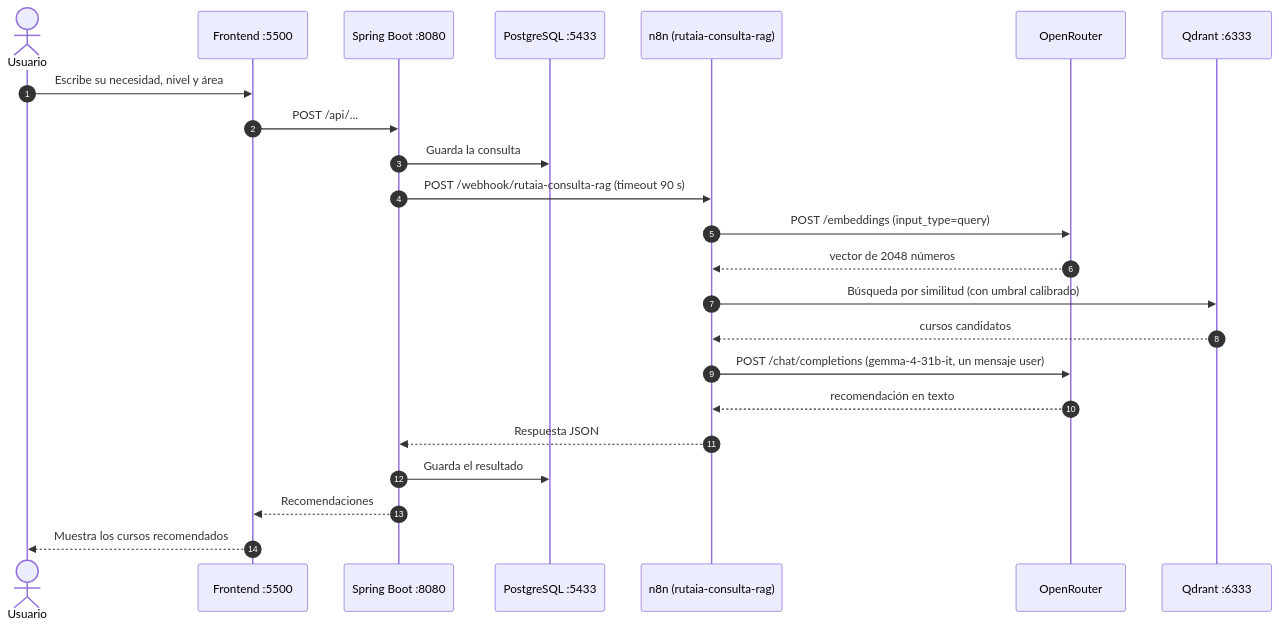
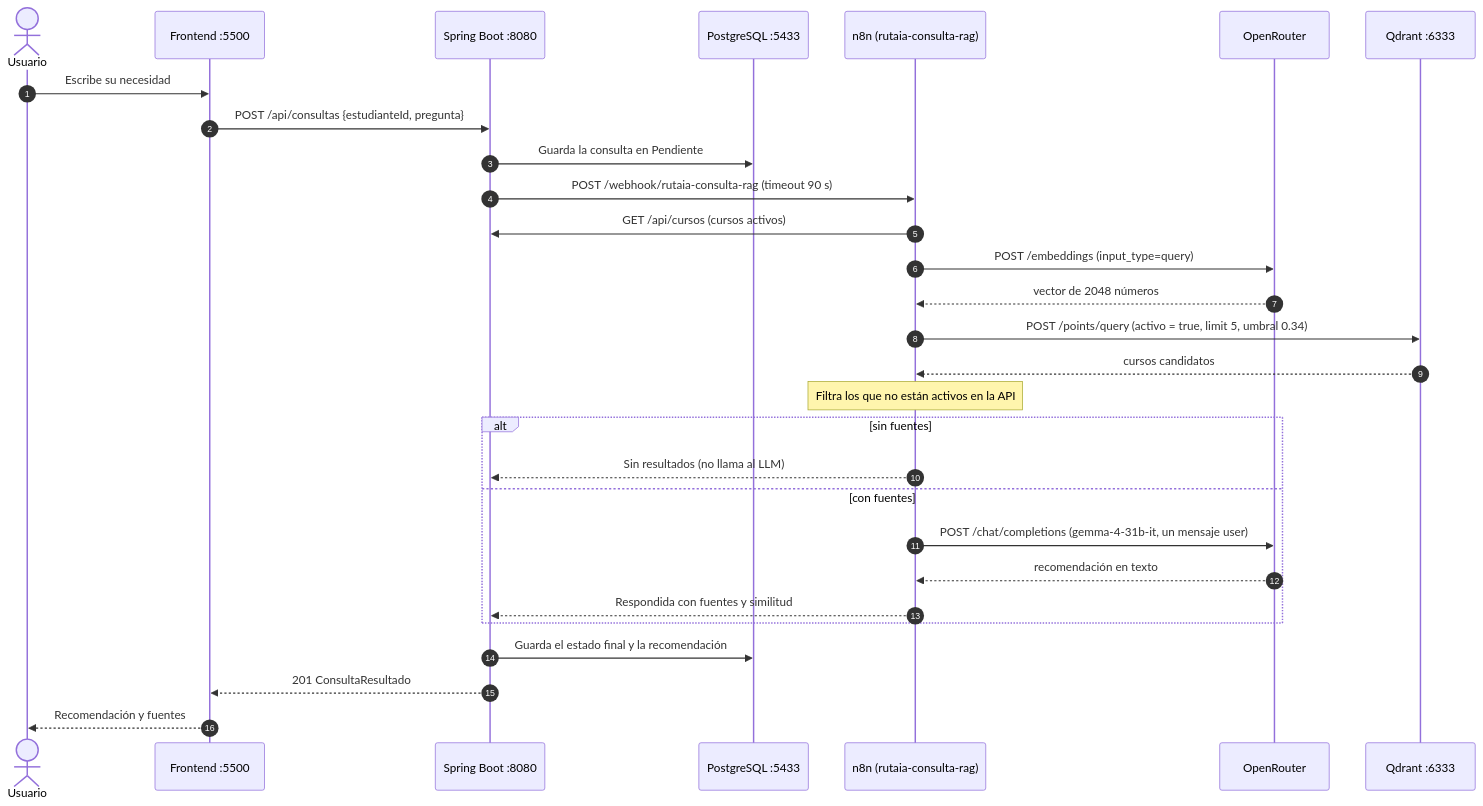
Before and after one commit to JeshuaPerez/RutIA: the second of 5 diagrams in docs/arquitectura.md, drawn with Mermaid. The commit also changed other lines of this file and 106 other files, not shown here.

````diff
--- a/docs/arquitectura.md
+++ b/docs/arquitectura.md
@@ -42,26 +44,32 @@
 ```mermaid
 sequenceDiagram
     autonumber
     actor U as Usuario
     participant FE as Frontend :5500
     participant API as Spring Boot :8080
     participant PG as PostgreSQL :5433
     participant N as n8n (rutaia-consulta-rag)
     participant OR as OpenRouter
     participant Q as Qdrant :6333
 
-    U->>FE: Escribe su necesidad, nivel y área
-    FE->>API: POST /api/...
-    API->>PG: Guarda la consulta
+    U->>FE: Escribe su necesidad
+    FE->>API: POST /api/consultas {estudianteId, pregunta}
+    API->>PG: Guarda la consulta en Pendiente
     API->>N: POST /webhook/rutaia-consulta-rag (timeout 90 s)
+    N->>API: GET /api/cursos (cursos activos)
     N->>OR: POST /embeddings (input_type=query)
     OR-->>N: vector de 2048 números
-    N->>Q: Búsqueda por similitud (con umbral calibrado)
+    N->>Q: POST /points/query (activo = true, limit 5, umbral 0.34)
     Q-->>N: cursos candidatos
-    N->>OR: POST /chat/completions (gemma-4-31b-it, un mensaje user)
-    OR-->>N: recomendación en texto
-    N-->>API: Respuesta JSON
-    API->>PG: Guarda el resultado
-    API-->>FE: Recomendaciones
-    FE-->>U: Muestra los cursos recomendados
+    Note over N: Filtra los que no están activos en la API
+    alt sin fuentes
+        N-->>API: Sin resultados (no llama al LLM)
+    else con fuentes
+        N->>OR: POST /chat/completions (gemma-4-31b-it, un mensaje user)
+        OR-->>N: recomendación en texto
+        N-->>API: Respondida con fuentes y similitud
+    end
+    API->>PG: Guarda el estado final y la recomendación
+    API-->>FE: 201 ConsultaResultado
+    FE-->>U: Recomendación y fuentes
 ```
````
